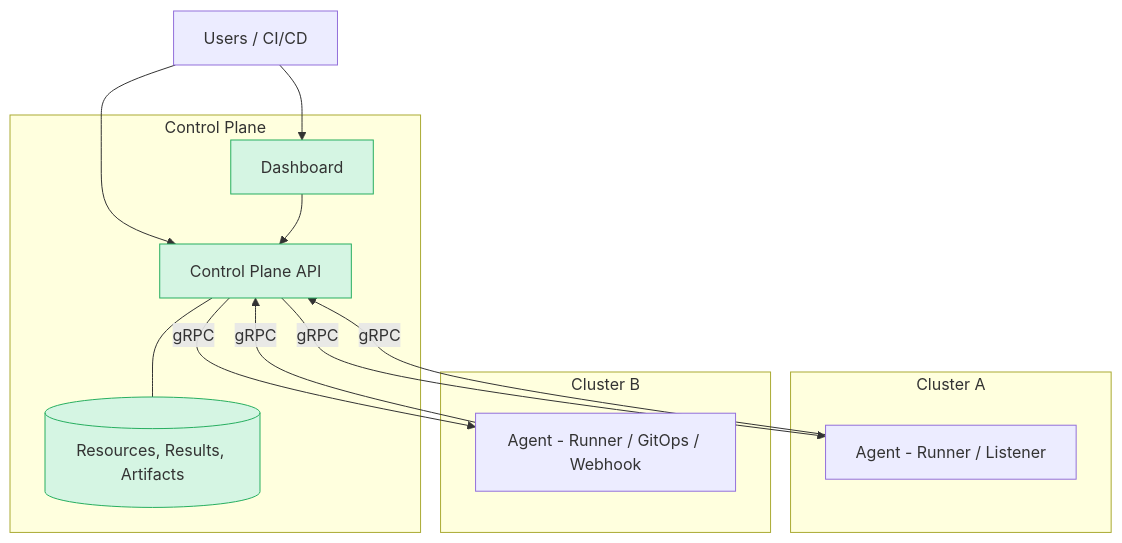
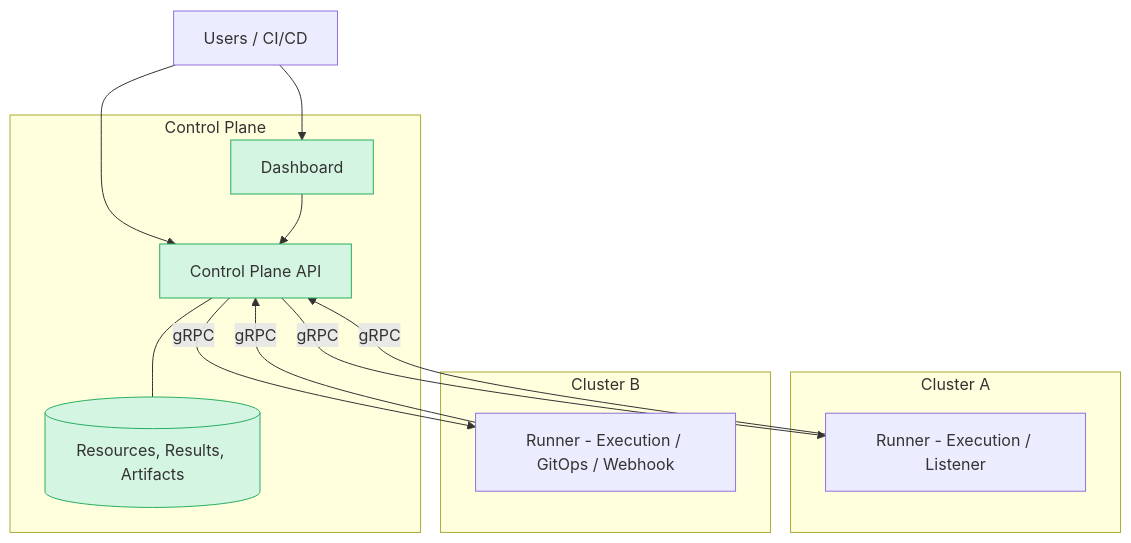
Before and after one commit to kubeshop/testkube-docs: the first of 5 diagrams in docs/articles/architecture.md, drawn with Mermaid. The commit also changed other lines of this file and 91 other files, not shown here.

````diff
--- a/docs/articles/architecture.md
+++ b/docs/articles/architecture.md
@@ -21,31 +21,31 @@
 ```mermaid
 flowchart TB
     Users["Users / CI/CD"]
 
     subgraph Control Plane
         Dashboard["Dashboard"]
         CPAPI["Control Plane API"]
         Store[("Resources, Results, Artifacts")]
     end
 
     subgraph Cluster A
-        A1["Agent - Runner / Listener"]
+        A1["Runner - Execution / Listener"]
     end
 
     subgraph Cluster B
-        A2["Agent - Runner / GitOps / Webhook"]
+        A2["Runner - Execution / GitOps / Webhook"]
     end
 
     Users --> Dashboard
     Users --> CPAPI
     Dashboard --> CPAPI
     CPAPI --- Store
     A1 -- "gRPC" --> CPAPI
     CPAPI -- "gRPC" --> A1
     A2 -- "gRPC" --> CPAPI
     CPAPI -- "gRPC" --> A2
 
     style CPAPI fill:#d5f5e3,stroke:#27ae60
     style Store fill:#d5f5e3,stroke:#27ae60
     style Dashboard fill:#d5f5e3,stroke:#27ae60
 ```
````
